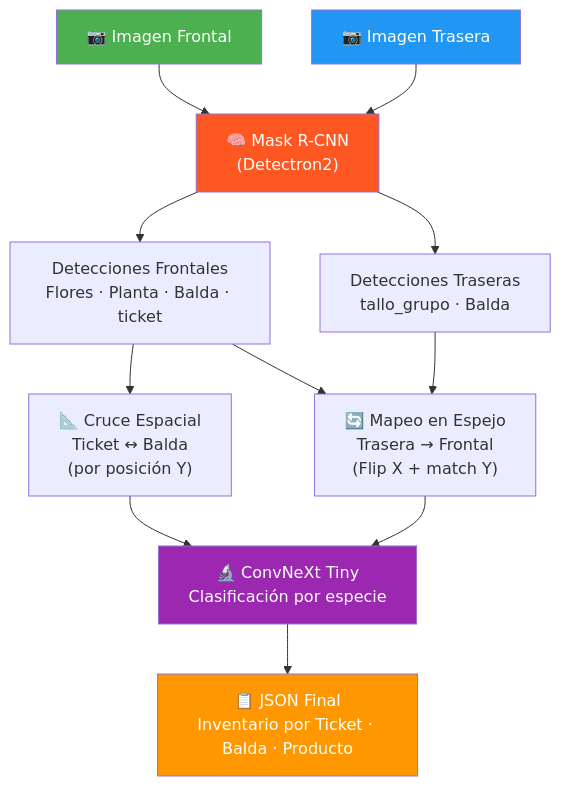
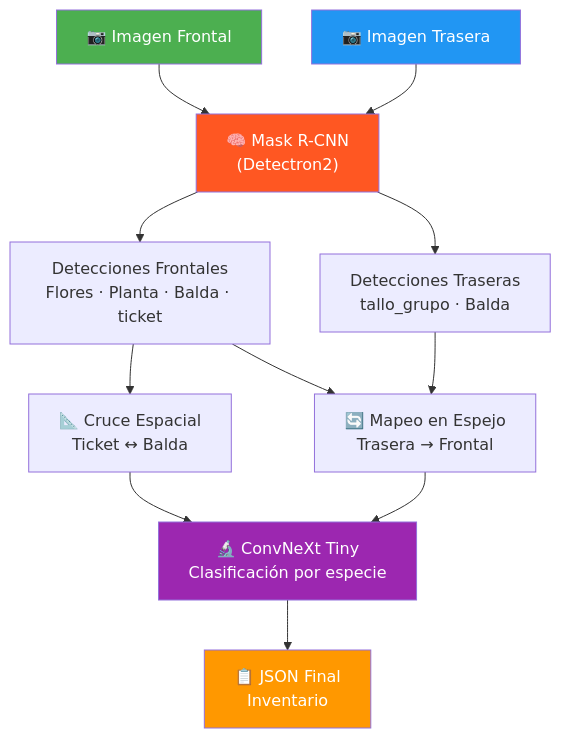
The first of 3 diagrams in README.md (alexdme1/py_PROYECTO_H), drawn with Mermaid before and after one commit. The commit also changed other lines of this file, not shown here.

Commit message:
docs: rehacer README limpio con Mermaid

````diff
--- a/README.md
+++ b/README.md
@@ -86,23 +73,23 @@
 ```mermaid
 flowchart TD
-    A["📷 Imagen Frontal"] --> C["🧠 Mask R-CNN\n(Detectron2)"]
+    A["📷 Imagen Frontal"] --> C["🧠 Mask R-CNN<br/>(Detectron2)"]
     B["📷 Imagen Trasera"] --> C
-    
-    C --> D["Detecciones Frontales\nFlores · Planta · Balda · ticket"]
-    C --> E["Detecciones Traseras\ntallo_grupo · Balda"]
-    
-    D --> F["📐 Cruce Espacial\nTicket ↔ Balda\n(por posición Y)"]
-    D --> G["🔄 Mapeo en Espejo\nTrasera → Frontal\n(Flip X + match Y)"]
+
+    C --> D["Detecciones Frontales<br/>Flores · Planta · Balda · ticket"]
+    C --> E["Detecciones Traseras<br/>tallo_grupo · Balda"]
+
+    D --> F["📐 Cruce Espacial<br/>Ticket ↔ Balda"]
+    D --> G["🔄 Mapeo en Espejo<br/>Trasera → Frontal"]
     E --> G
-    
-    F --> H["🔬 ConvNeXt Tiny\nClasificación por especie"]
+
+    F --> H["🔬 ConvNeXt Tiny<br/>Clasificación por especie"]
     G --> H
-    
-    H --> I["📋 JSON Final\nInventario por Ticket · Balda · Producto"]
+
+    H --> I["📋 JSON Final<br/>Inventario"]
 
     style A fill:#4CAF50,color:#fff
     style B fill:#2196F3,color:#fff
     style C fill:#FF5722,color:#fff
     style H fill:#9C27B0,color:#fff
     style I fill:#FF9800,color:#fff
 ```
````
